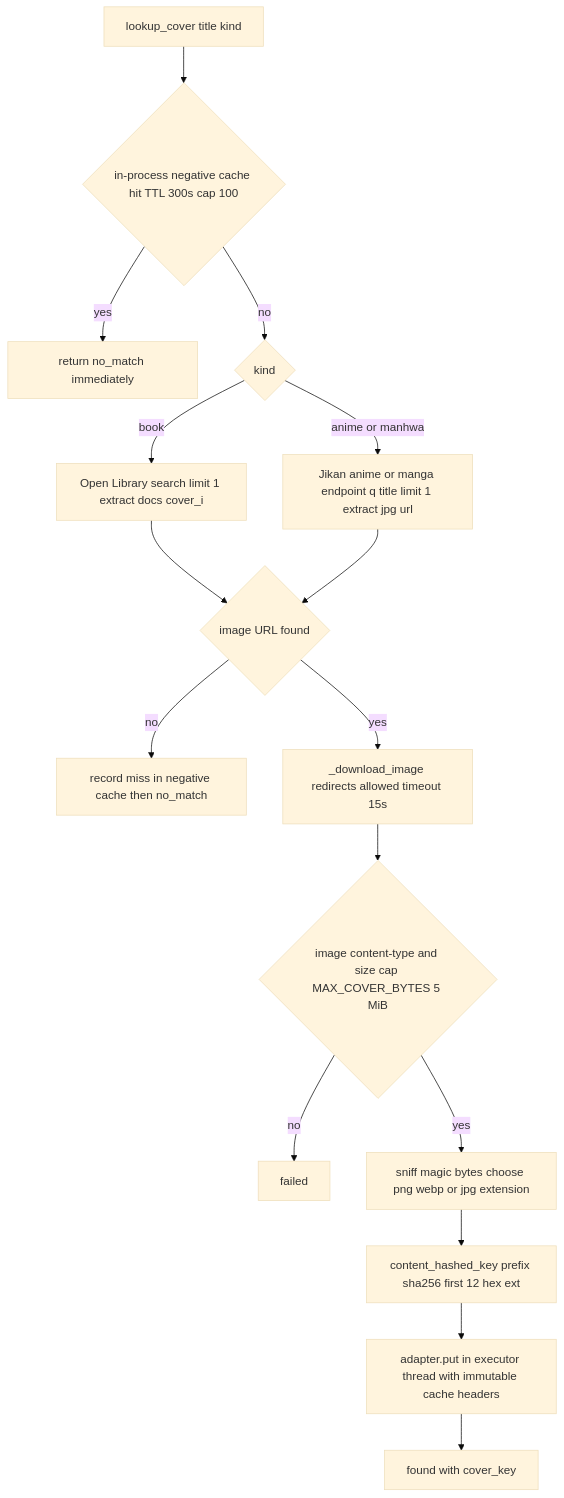
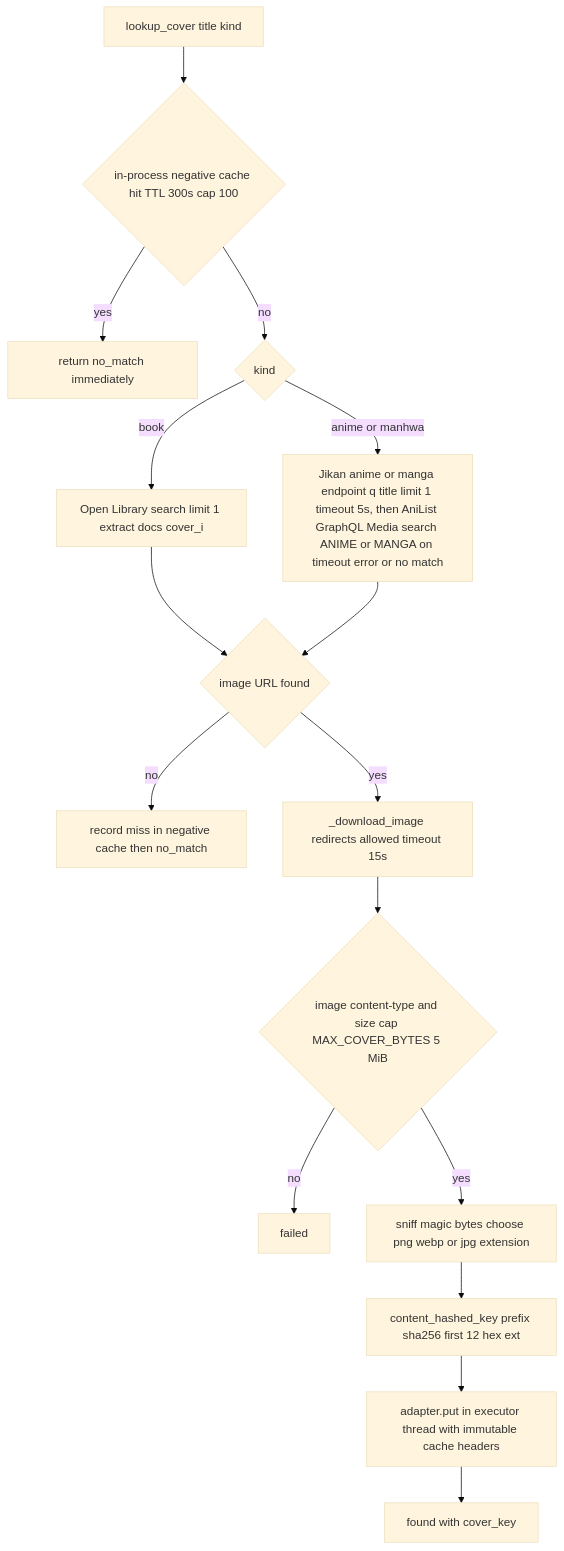
The second of 2 diagrams in docs/features/collections.md (SIDDHESHCHAUDHARI2K24/portfolio-sid), drawn with Mermaid (base theme) before and after one commit. The commit also changed other lines of this file and 4 other files, not shown here.

Commit message:
feat(collections): AniList fallback for anime and manhwa covers (E03-W5)

````diff
--- a/docs/features/collections.md
+++ b/docs/features/collections.md
@@ -72,18 +80,18 @@
 ```mermaid
 flowchart TD
     REQ[lookup_cover title kind] --> NC{in-process negative cache hit TTL 300s cap 100}
     NC -- yes --> NM[return no_match immediately]
     NC -- no --> SRC{kind}
     SRC -- book --> OL[Open Library search limit 1 extract docs cover_i]
-    SRC -- anime or manhwa --> JK[Jikan anime or manga endpoint q title limit 1 extract jpg url]
+    SRC -- anime or manhwa --> JK[Jikan anime or manga endpoint q title limit 1 timeout 5s, then AniList GraphQL Media search ANIME or MANGA on timeout error or no match]
     OL --> HIT{image URL found}
     JK --> HIT
     HIT -- no --> NEG[record miss in negative cache then no_match]
     HIT -- yes --> DWL[_download_image redirects allowed timeout 15s]
     DWL --> VAL{image content-type and size cap MAX_COVER_BYTES 5 MiB}
     VAL -- no --> FAIL[failed]
     VAL -- yes --> SNF[sniff magic bytes choose png webp or jpg extension]
     SNF --> KEY[content_hashed_key prefix sha256 first 12 hex ext]
     KEY --> PUT[adapter.put in executor thread with immutable cache headers]
     PUT --> FND[found with cover_key]
 ```
````
